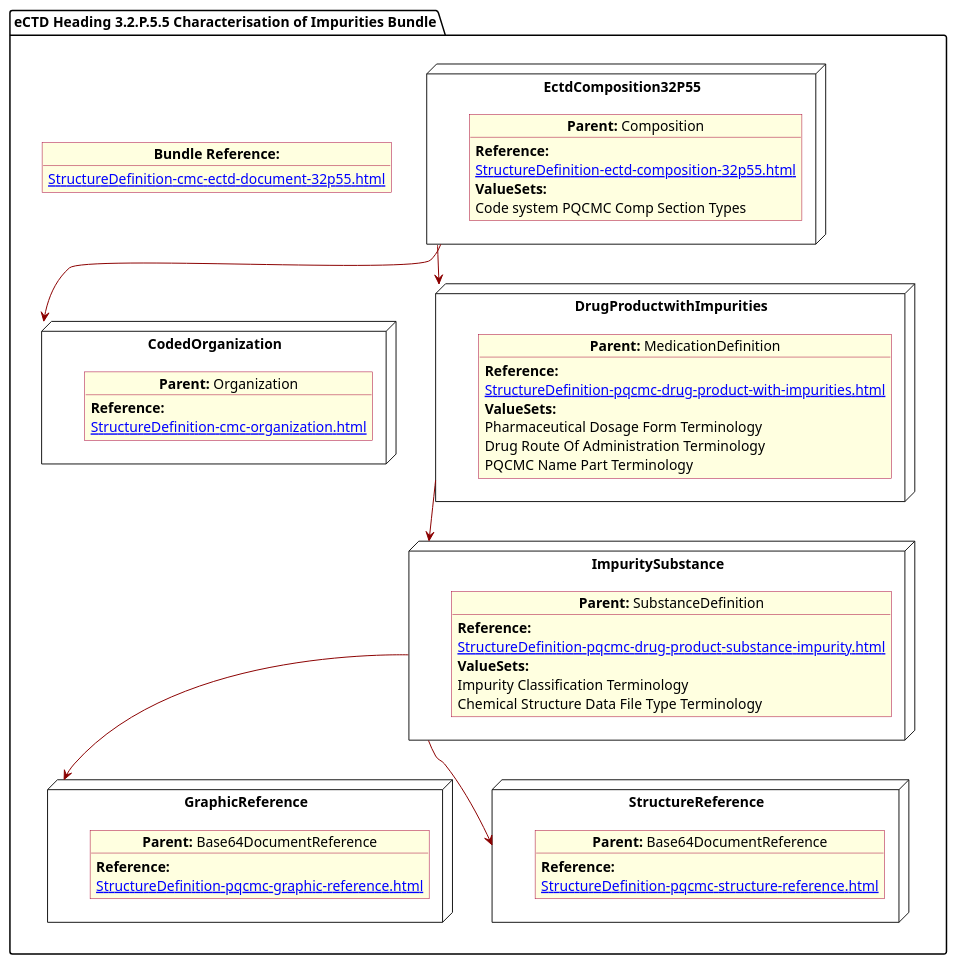
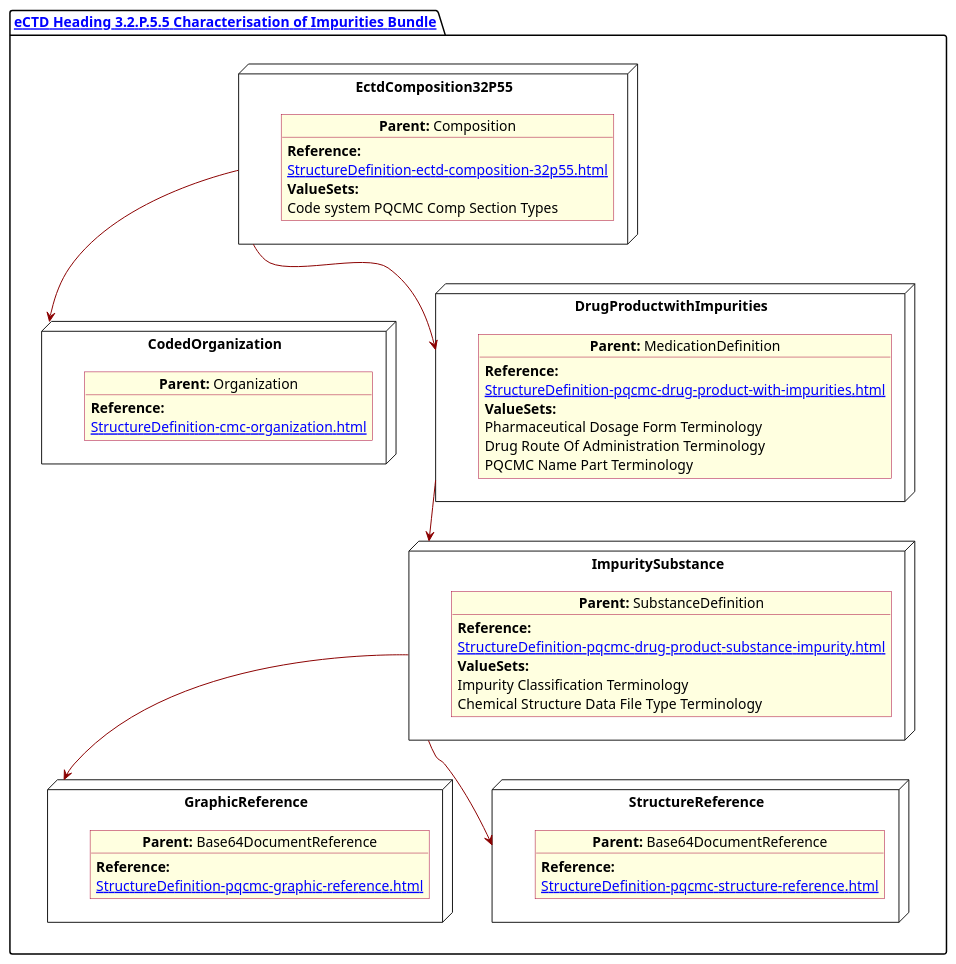
One commit to HL7/FHIR-us-pq-cmc-fda changed the diagram in input/images-source/CharacImprity.plantuml. Above: the diagram before and after it, drawn with PlantUML. The commit also changed 11 other files, not shown here.

Commit message:
plantUML package has hyperlink to bundle

```diff
--- a/input/images-source/CharacImprity.plantuml
+++ b/input/images-source/CharacImprity.plantuml
@@ -1,79 +1,76 @@
 @startuml CharacImprity
 allowmixing
 'Mixed model of use case and object
 skinparam svgDimensionStyle false
 skinparam ObjectBackgroundColor LightYellow
 skinparam ObjectBorderColor #A80036
 skinparam activityDiamondBorderColor #A80036
 skinparam activityDiamondBackgroundColor lawnGreen
 skinparam ClassBorderThickness 4
 
-package "eCTD Heading 3.2.P.5.5 Characterisation of Impurities Bundle" as NODES {
+package "[[StructureDefinition-cmc-ectd-document-32p55.html eCTD Heading 3.2.P.5.5 Characterisation of Impurities Bundle]]" as NODES {
 
-  object "**Bundle Reference:**" as objbun {
-    [[StructureDefinition-cmc-ectd-document-32p55.html]]
-  }
 
   node "EctdComposition32P55" as N1 {
 
     object "**Parent:** Composition" as obj1 {
       **Reference:**
       [[StructureDefinition-ectd-composition-32p55.html]]
       **ValueSets:**
       Code system PQCMC Comp Section Types
     }
   }
   node "GraphicReference" as NB64 {
 
     object "**Parent:** Base64DocumentReference"  as obj64 {
       **Reference:**
       [[StructureDefinition-pqcmc-graphic-reference.html]]
     }
   }
   node "StructureReference" as NBstruc {
 
     object "**Parent:** Base64DocumentReference"  as objb64 {
       **Reference:**
       [[StructureDefinition-pqcmc-structure-reference.html]]
     }
   }
 
   node "CodedOrganization" as NSO {
 
     object "**Parent:** Organization" as objAu {
       **Reference:**
       [[StructureDefinition-cmc-organization.html]]
     }
   }
 
   node "DrugProductwithImpurities" as NN {
 
     object "**Parent:** MedicationDefinition" as obj3 {
 
       **Reference:**
       [[StructureDefinition-pqcmc-drug-product-with-impurities.html]]
       **ValueSets:**
       Pharmaceutical Dosage Form Terminology
       Drug Route Of Administration Terminology
       PQCMC Name Part Terminology
     }
   }
 
   node "ImpuritySubstance" as N6 {
 
     object "**Parent:** SubstanceDefinition" as obj2 {
       **Reference:**
       [[StructureDefinition-pqcmc-drug-product-substance-impurity.html]]
       **ValueSets:**
       Impurity Classification Terminology
       Chemical Structure Data File Type Terminology
     }
   }
   N1 -[#darkred]-> NSO
   NN -[#darkred]-> N6
   N1 -[#darkred]-> NN
   N6 -[#darkred]-> NB64
   N6 -[#darkred]-> NBstruc
 
 }
 @enduml
```
